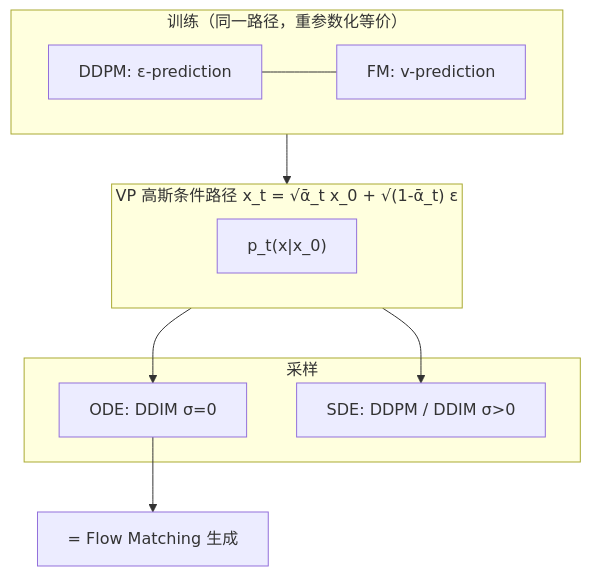
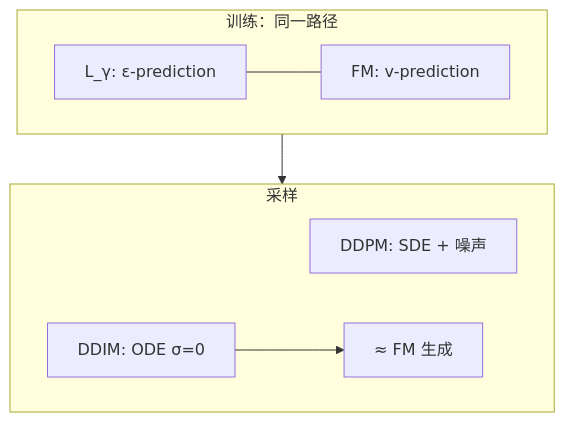
One commit to lixiongguo/geogo.github.io changed the fourth of 4 diagrams in _posts/2.Machine Learning/2.扩散模型/2020-10-01-DDIM：去噪扩散隐式模型.md. Above: the diagram before and after it, drawn with Mermaid. The commit also changed other lines of this file and 10 other files, not shown here.

````diff
--- a/_posts/2.Machine Learning/2.扩散模型/2020-10-01-DDIM：去噪扩散隐式模型.md
+++ b/_posts/2.Machine Learning/2.扩散模型/2020-10-01-DDIM：去噪扩散隐式模型.md
@@ -143,19 +634,14 @@
 ```mermaid
 flowchart TB
-  subgraph train ["训练（同一路径，重参数化等价）"]
-    DDPM["DDPM: ε-prediction"]
+  subgraph train ["训练：同一路径"]
+    L1["L_γ: ε-prediction"]
     FM["FM: v-prediction"]
-    DDPM --- FM
-  end
-  subgraph path ["VP 高斯条件路径 x_t = √ᾱ_t x_0 + √(1-ᾱ_t) ε"]
-    P["p_t(x|x_0)"]
+    L1 --- FM
   end
   subgraph sample ["采样"]
-  ODE["ODE: DDIM σ=0"]
-  SDE["SDE: DDPM / DDIM σ>0"]
+    DDPM_s["DDPM: SDE + 噪声"]
+    DDIM_s["DDIM: ODE σ=0"]
+    DDIM_s --> FM_s["≈ FM 生成"]
   end
-  train --> path
-  path --> ODE
-  path --> SDE
-  ODE --> FM_infer["= Flow Matching 生成"]
+  train --> sample
 ```
````
